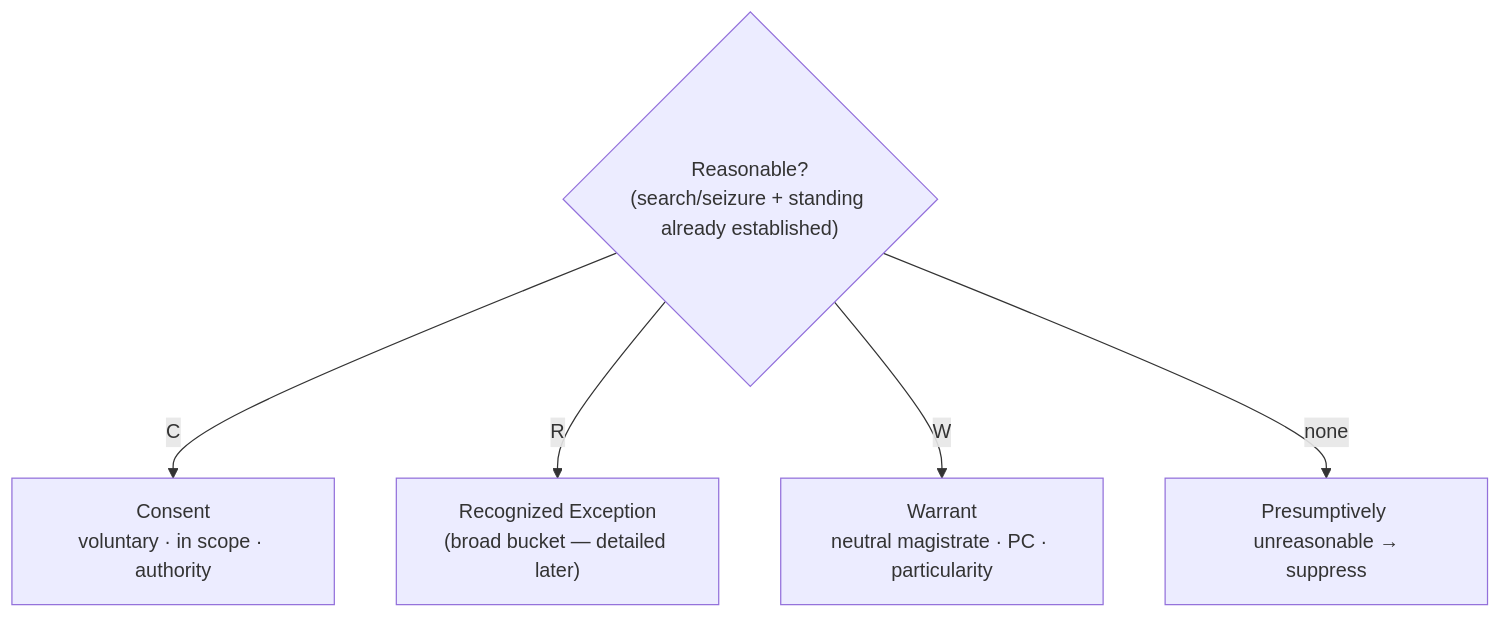
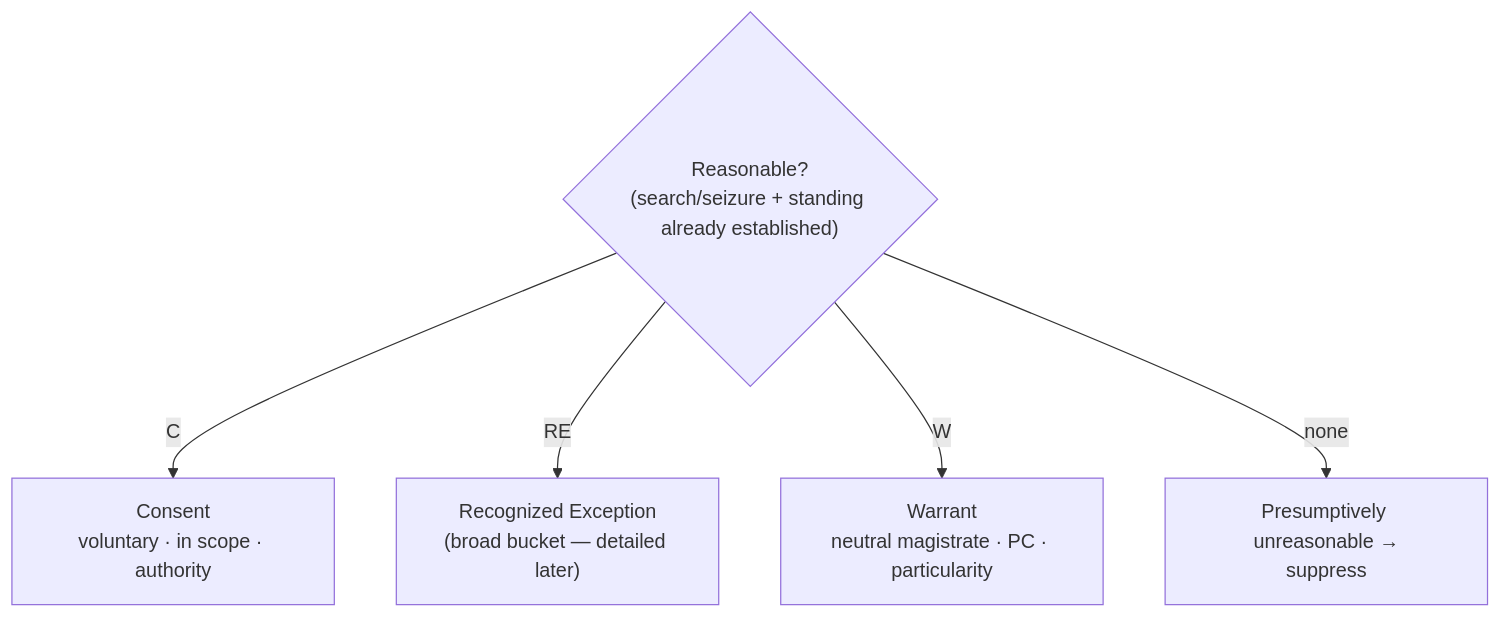
Before and after one commit to Enragedsaturday/cssi: the diagram in content/3-what-is-a-search/CREW.md, drawn with Mermaid. The commit also changed other lines of this file and 19 other files, not shown here.

````diff
--- a/content/3-what-is-a-search/CREW.md
+++ b/content/3-what-is-a-search/CREW.md
@@ -34,8 +34,8 @@
 ```mermaid
 flowchart TD
   R{"Reasonable?<br/>(search/seizure + standing already established)"}
   R -->|C| CO["Consent<br/>voluntary · in scope · authority"]
-  R -->|R| RE["Recognized Exception<br/>(broad bucket — detailed later)"]
+  R -->|RE| RE["Recognized Exception<br/>(broad bucket — detailed later)"]
   R -->|W| WA["Warrant<br/>neutral magistrate · PC · particularity"]
   R -->|none| SUP["Presumptively unreasonable →<br/>suppress"]
 ```
````
